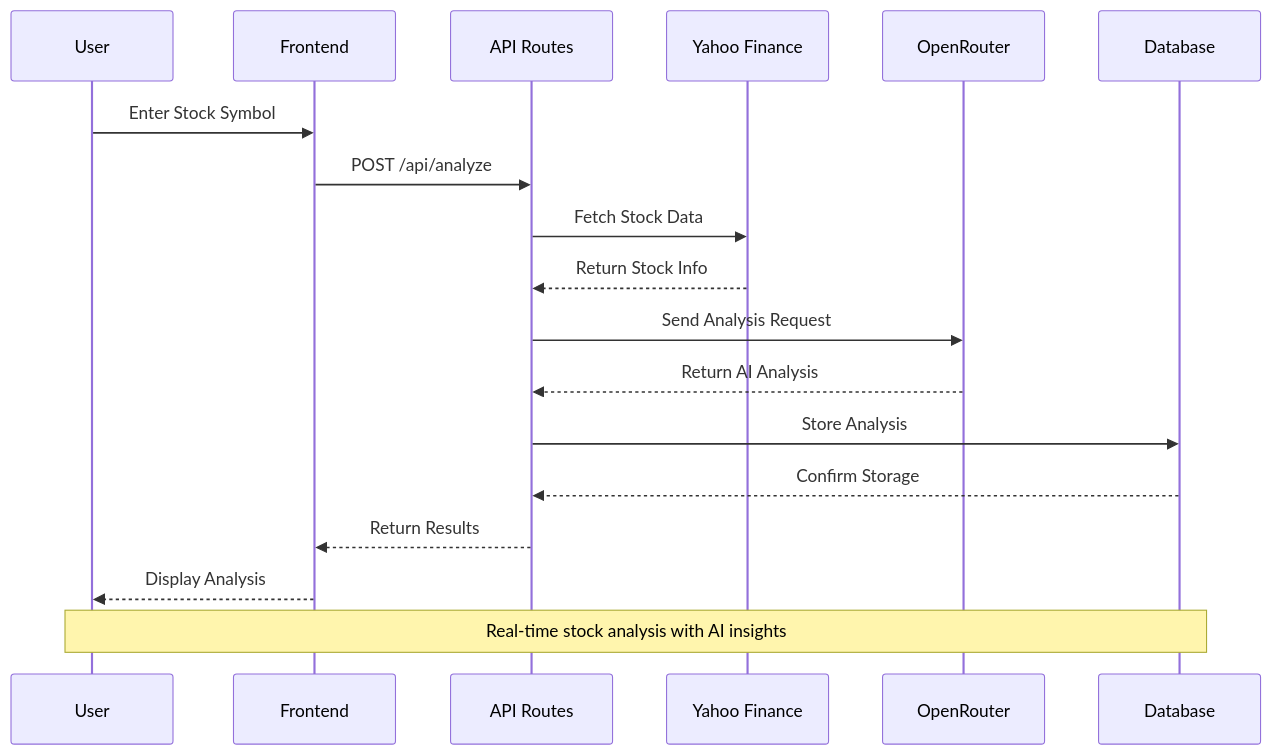
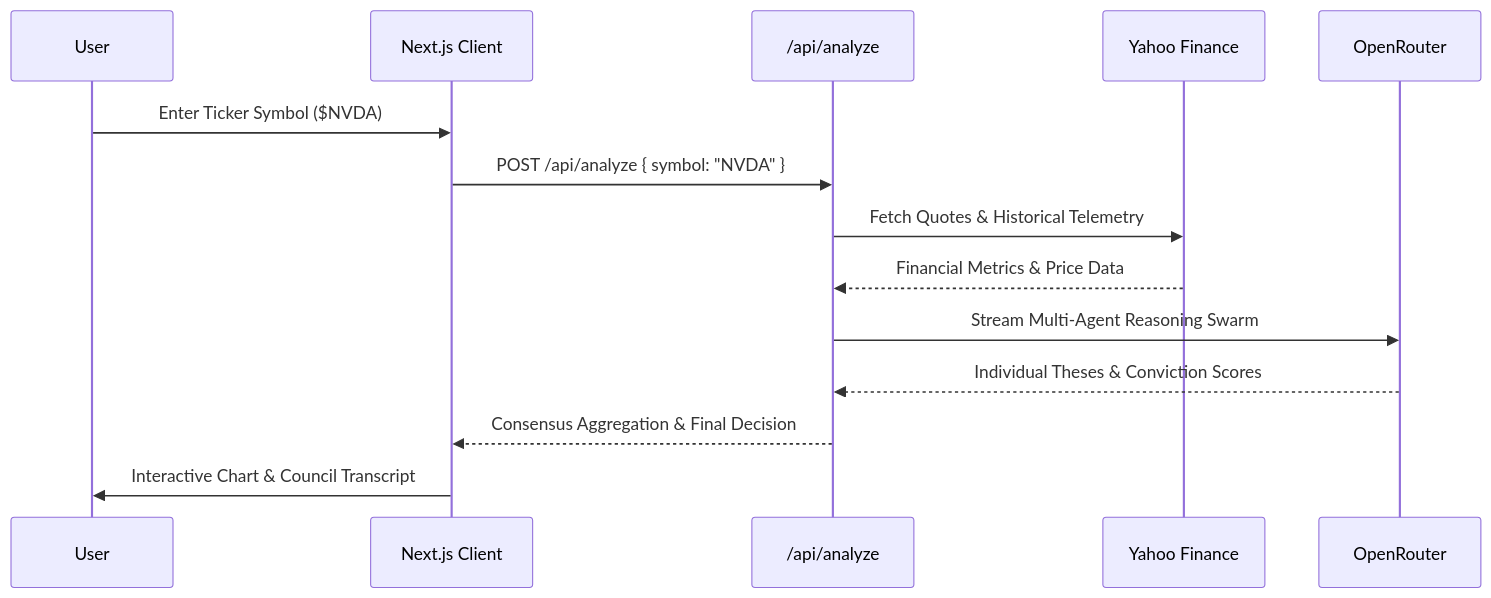
Before and after one commit to bimoadis/ChatieAgent: the second of 2 diagrams in README.md, drawn with Mermaid. The commit also changed other lines of this file and 1 other file, not shown here.

Commit message:
docs: update README.md with redesigned architecture and new banner image

````diff
--- a/README.md
+++ b/README.md
@@ -220,22 +115,17 @@
 ```mermaid
 sequenceDiagram
-    participant U as User
-    participant F as Frontend
-    participant A as API Routes
-    participant Y as Yahoo Finance
-    participant O as OpenRouter
-    participant D as Database
+    participant User
+    participant Web as Next.js Client
+    participant API as /api/analyze
+    participant YF as Yahoo Finance
+    participant OR as OpenRouter
 
-    U->>F: Enter Stock Symbol
-    F->>A: POST /api/analyze
-    A->>Y: Fetch Stock Data
-    Y-->>A: Return Stock Info
-    A->>O: Send Analysis Request
-    O-->>A: Return AI Analysis
-    A->>D: Store Analysis
-    D-->>A: Confirm Storage
-    A-->>F: Return Results
-    F-->>U: Display Analysis
-
-    Note over U,D: Real-time stock analysis with AI insights
+    User->>Web: Enter Ticker Symbol ($NVDA)
+    Web->>API: POST /api/analyze { symbol: "NVDA" }
+    API->>YF: Fetch Quotes & Historical Telemetry
+    YF-->>API: Financial Metrics & Price Data
+    API->>OR: Stream Multi-Agent Reasoning Swarm
+    OR-->>API: Individual Theses & Conviction Scores
+    API-->>Web: Consensus Aggregation & Final Decision
+    Web->>User: Interactive Chart & Council Transcript
 ```
````
